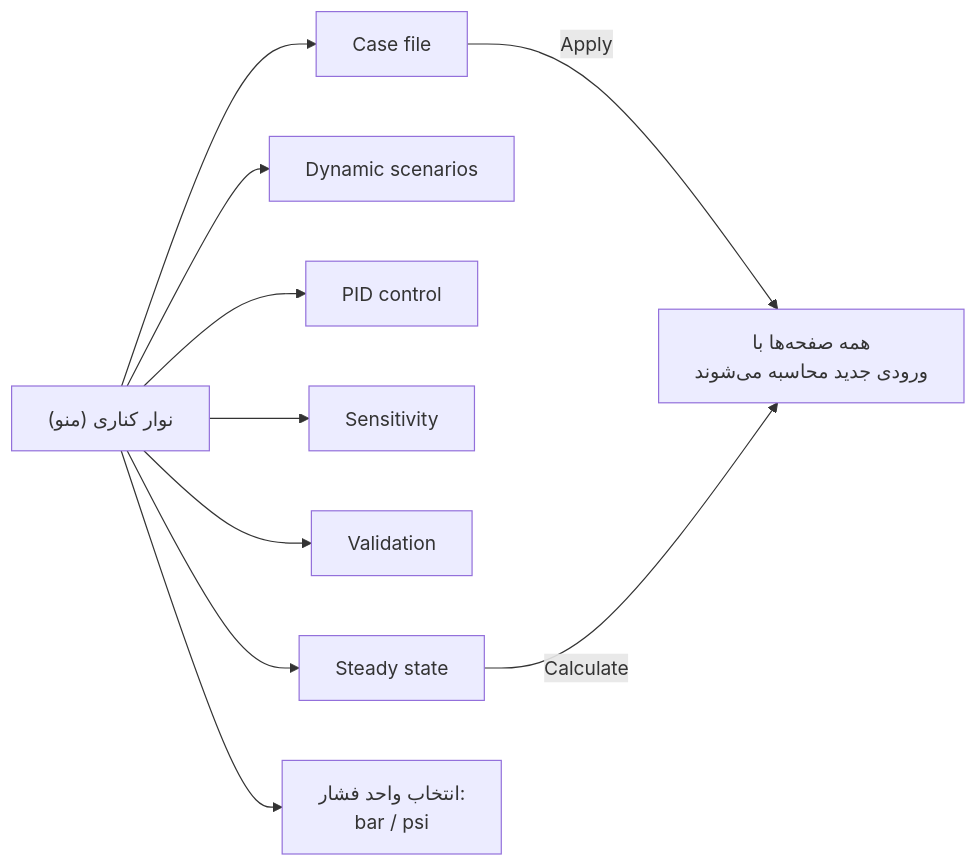
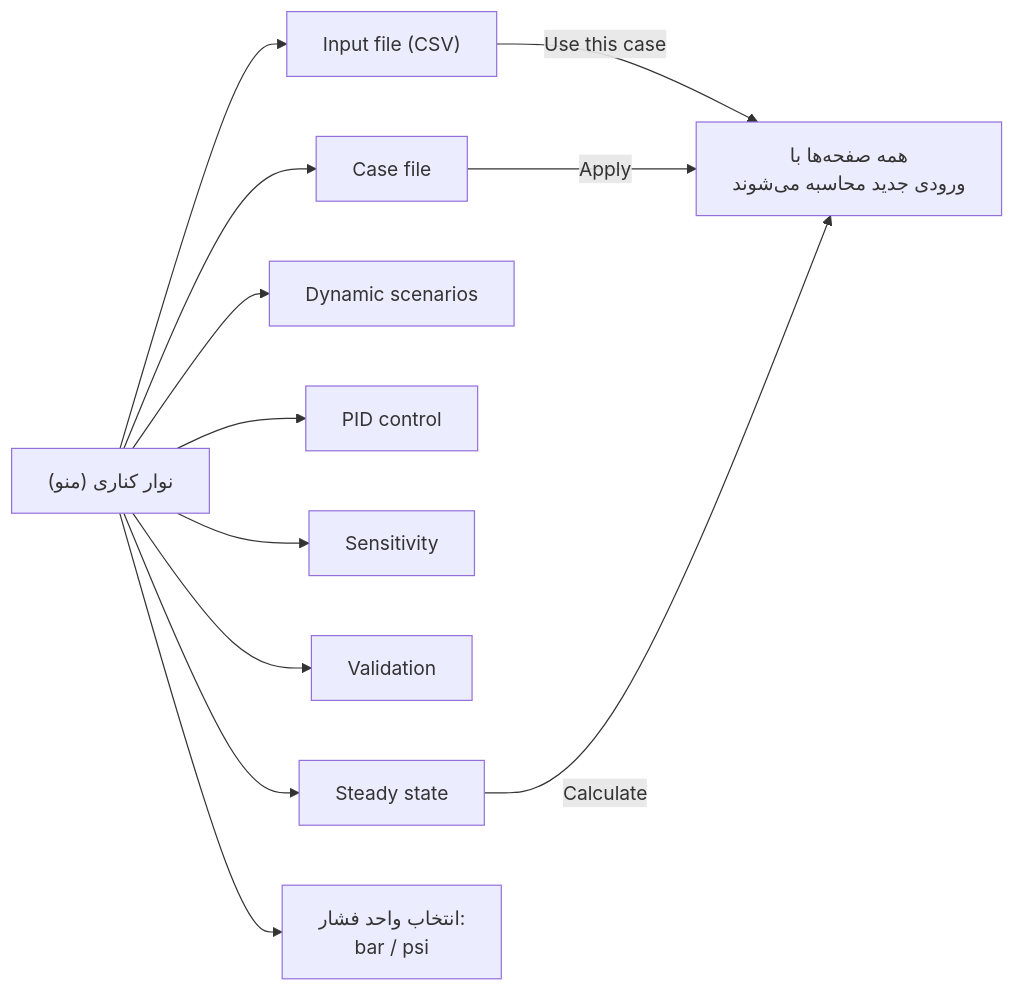
Before and after one commit to amirm8170/sepehr-py: the ninth of 10 diagrams in README_FA.md, drawn with Mermaid. The commit also changed other lines of this file and 9 other files, not shown here.

````diff
--- a/README_FA.md
+++ b/README_FA.md
@@ -622,12 +640,14 @@
 ```mermaid
 flowchart LR
     SB["نوار کناری (منو)"] --> P1["Steady state"]
+    SB --> PL["Input file (CSV)"]
+    PL -- "Use this case" --> ALL
     SB --> P2["Dynamic scenarios"]
     SB --> P3["PID control"]
     SB --> P4["Sensitivity"]
     SB --> P5["Validation"]
     SB --> P6["Case file"]
     SB --> U["انتخاب واحد فشار:<br/>bar / psi"]
     P6 -- "Apply" --> ALL["همه صفحه‌ها با<br/>ورودی جدید محاسبه می‌شوند"]
     P1 -- "Calculate" --> ALL
 ```
````
